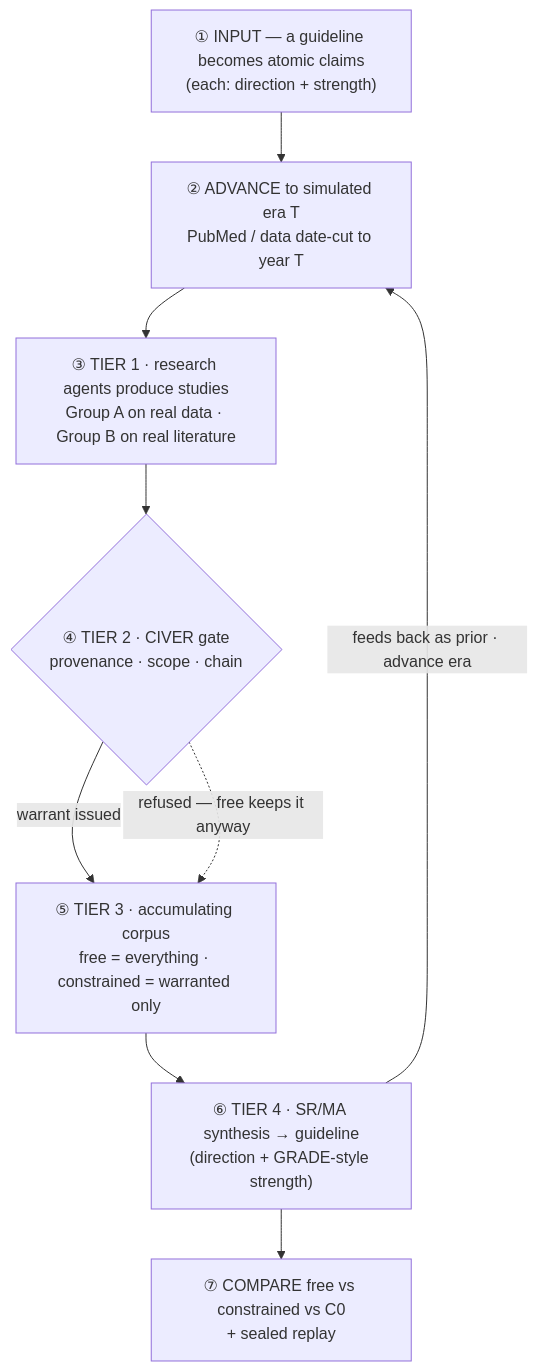
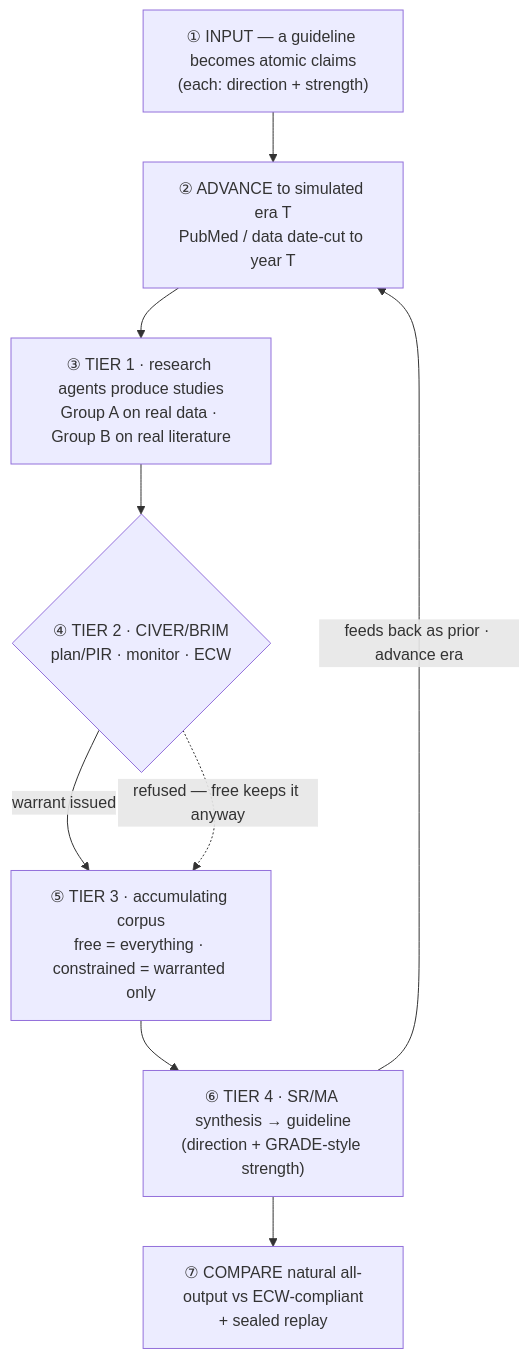
The first of 4 diagrams in README.md (tuyentran-md/medevo), drawn with Mermaid before and after one commit. The commit also changed other lines of this file and 13 other files, not shown here.

Commit message:
fix: restore process-based CIVER BRIM gates

````diff
--- a/README.md
+++ b/README.md
@@ -25,16 +25,16 @@
 ```mermaid
 flowchart TD
     S1["① INPUT — a guideline becomes atomic claims<br/>(each: direction + strength)"]
     S2["② ADVANCE to simulated era T<br/>PubMed / data date-cut to year T"]
     S3["③ TIER 1 · research agents produce studies<br/>Group A on real data · Group B on real literature"]
-    S4{"④ TIER 2 · CIVER gate<br/>provenance · scope · chain"}
+    S4{"④ TIER 2 · CIVER/BRIM<br/>plan/PIR · monitor · ECW"}
     S6["⑤ TIER 3 · accumulating corpus<br/>free = everything · constrained = warranted only"]
     S7["⑥ TIER 4 · SR/MA synthesis → guideline<br/>(direction + GRADE-style strength)"]
-    S8["⑦ COMPARE free vs constrained vs C0<br/>+ sealed replay"]
+    S8["⑦ COMPARE natural all-output vs ECW-compliant<br/>+ sealed replay"]
     S1 --> S2 --> S3 --> S4
     S4 -->|warrant issued| S6
     S4 -.->|refused — free keeps it anyway| S6
     S6 --> S7
     S7 -->|feeds back as prior · advance era| S2
     S7 --> S8
 ```
````
